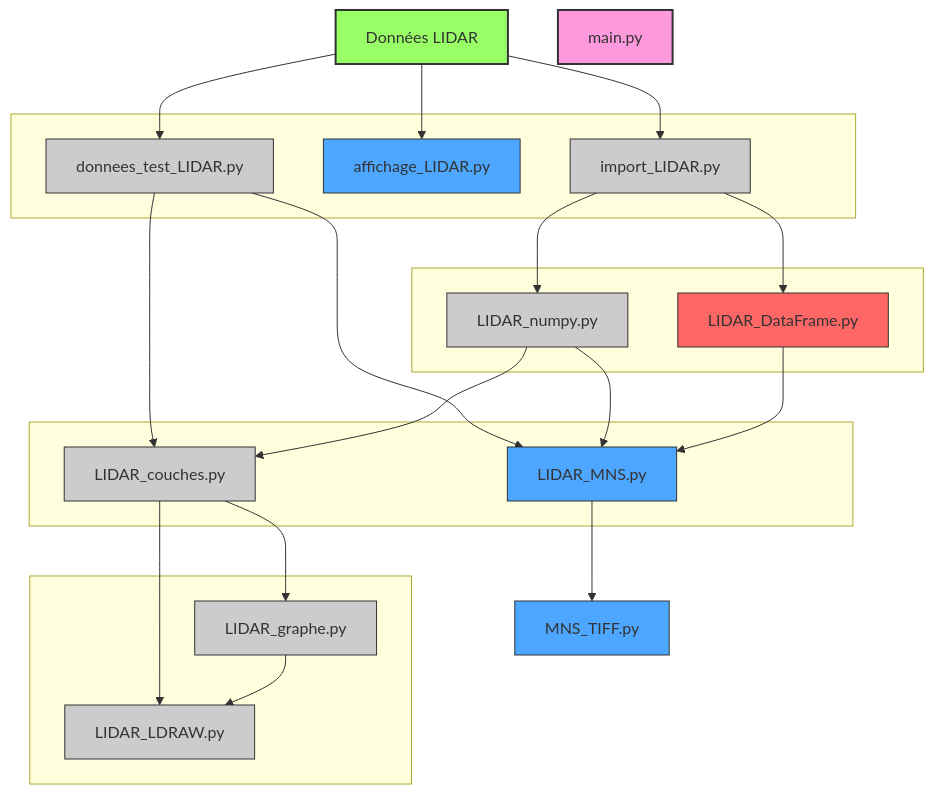
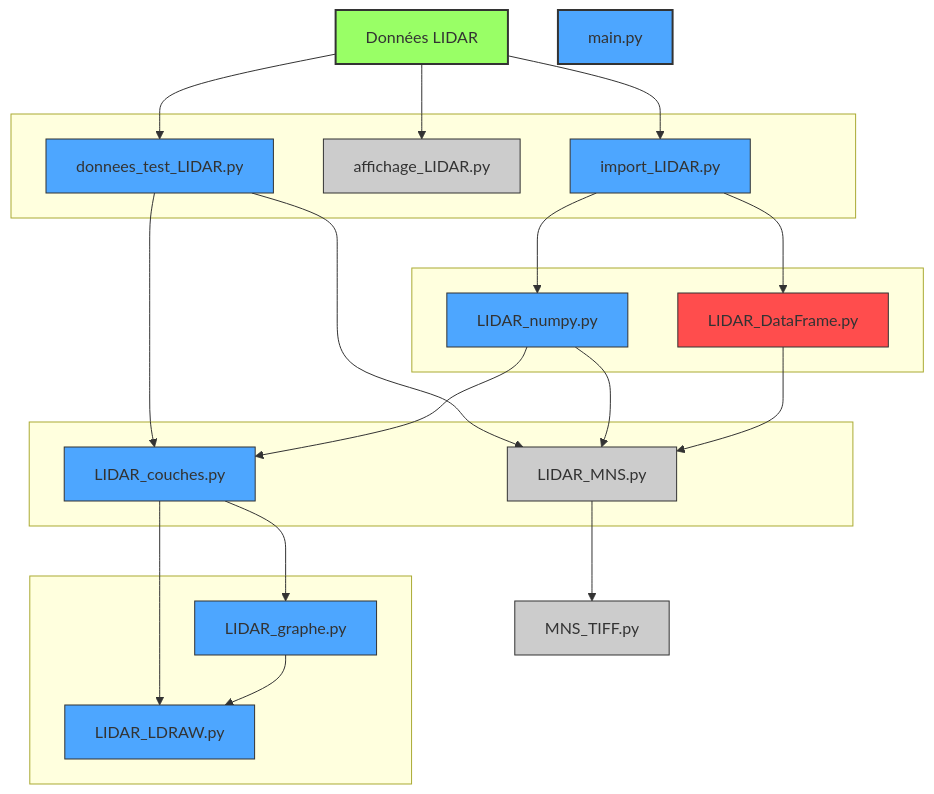
The diagram in Workflow.md (DanQue69/LEGO_Master), drawn with Mermaid before and after one commit.

````diff
--- a/Workflow.md
+++ b/Workflow.md
@@ -1,61 +1,62 @@
 ```mermaid 
 graph TD;
 
 A[Données LIDAR]
 
 subgraph L1[" "]
     B[donnees_test_LIDAR.py]
     C[affichage_LIDAR.py]
     D[import_LIDAR.py]
 end
 
 subgraph L2[" "]
     E[LIDAR_numpy.py]
     F[LIDAR_DataFrame.py]
 end
 
 subgraph L3[" "]
     G[LIDAR_MNS.py]
     I[LIDAR_couches.py]
 end
 
 subgraph L4[" "]
     J[LIDAR_LDRAW.py]
     K[LIDAR_graphe.py]
 end
 
 H[MNS_TIFF.py]
 M[main.py]
 
 A --> B
 A --> C
 A --> D
 D --> E
 D --> F
 B --> G
 E --> G
 F --> G
 B --> I
 E --> I
 I --> J
 I --> K
 K --> J
 G --> H
 
 
-    %% Styles des couleurs
-    style A fill:#9f6,stroke:#333,stroke-width:2px
-    style B fill:#ccc,stroke:#333,stroke-width:1px
-    style C fill:#4da6ff,stroke:#333,stroke-width:1px
-    style D fill:#ccc,stroke:#333,stroke-width:1px
-    style E fill:#ccc,stroke:#333,stroke-width:1px
-    style F fill:#f66,stroke:#333,stroke-width:1px
-    style G fill:#4da6ff,stroke:#333,stroke-width:1px
-    style H fill:#4da6ff,stroke:#333,stroke-width:1px
-    style I fill:#ccc,stroke:#333,stroke-width:1px
-    style J fill:#ccc,stroke:#333,stroke-width:1px
-    style K fill:#ccc,stroke:#333,stroke-width:1px
-    style M fill:#f9d,stroke:#333,stroke-width:2px
+%% Styles des couleurs
+style A fill:#9f6,stroke:#333,stroke-width:2px        
+style B fill:#4da6ff,stroke:#333,stroke-width:1px    
+style C fill:#ccc,stroke:#333,stroke-width:1px       
+style D fill:#4da6ff,stroke:#333,stroke-width:1px   
+style E fill:#4da6ff,stroke:#333,stroke-width:1px    
+style F fill:#ff4d4d,stroke:#333,stroke-width:1px    
+style G fill:#ccc,stroke:#333,stroke-width:1px       
+style H fill:#ccc,stroke:#333,stroke-width:1px       
+style I fill:#4da6ff,stroke:#333,stroke-width:1px   
+style J fill:#4da6ff,stroke:#333,stroke-width:1px   
+style K fill:#4da6ff,stroke:#333,stroke-width:1px    
+style M fill:#4da6ff,stroke:#333,stroke-width:2px    
+
 
     
 ```
````
